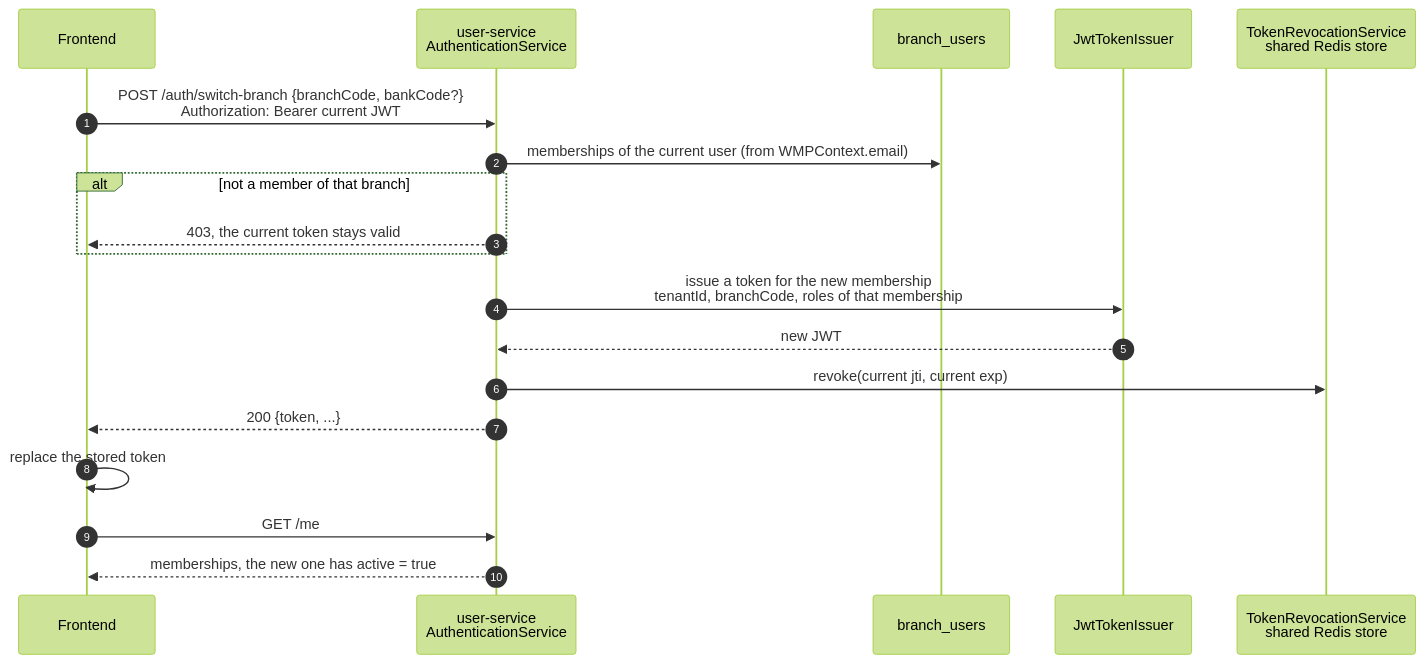
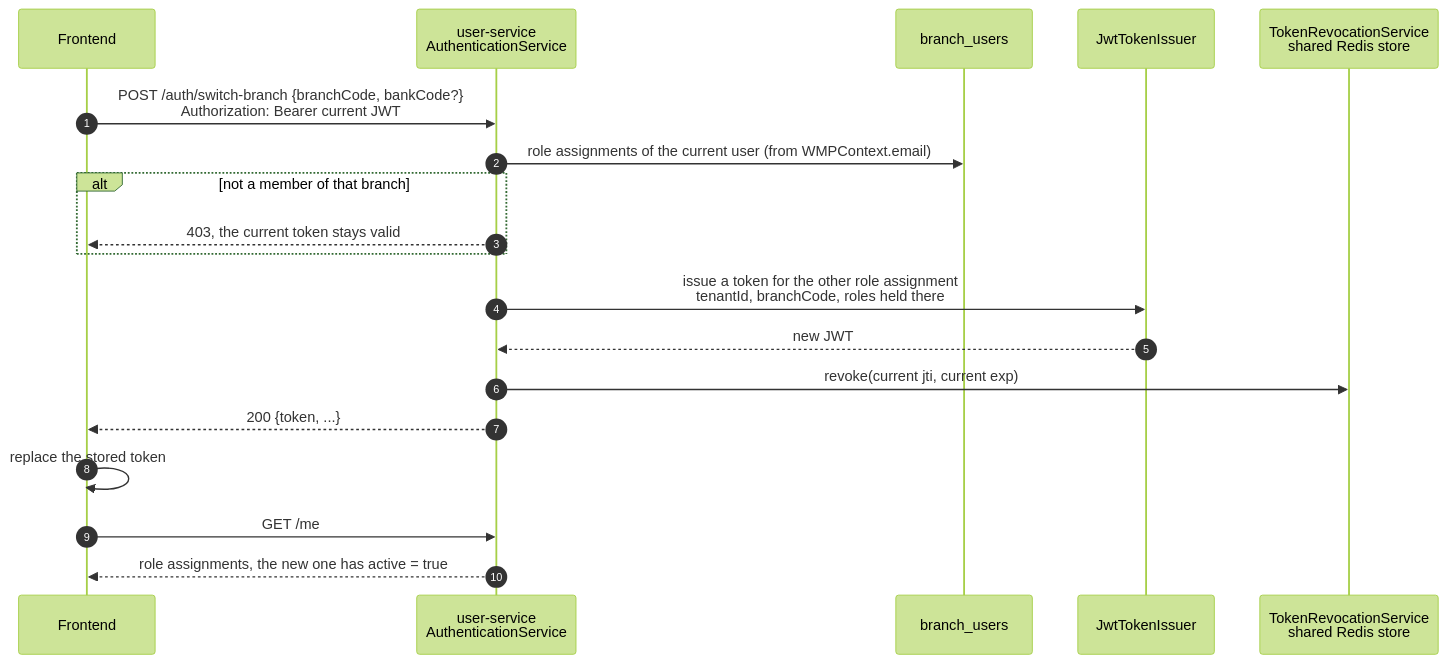
One commit to RaffSStein/Wealth-Management-Platform-BE changed the fourth of 7 diagrams in docs/domain/process/security/jwt-authentication.md. Above: the diagram before and after it, drawn with Mermaid (forest theme). The commit also changed other lines of this file and 5 other files, not shown here.

````diff
--- a/docs/domain/process/security/jwt-authentication.md
+++ b/docs/domain/process/security/jwt-authentication.md
@@ -183,22 +185,22 @@
 ```mermaid
 sequenceDiagram
     autonumber
     participant FE as Frontend
     participant AS as user-service<br/>AuthenticationService
     participant DB as branch_users
     participant JI as JwtTokenIssuer
     participant RV as TokenRevocationService<br/>shared Redis store
 
     FE->>AS: POST /auth/switch-branch {branchCode, bankCode?}<br/>Authorization: Bearer current JWT
-    AS->>DB: memberships of the current user (from WMPContext.email)
+    AS->>DB: role assignments of the current user (from WMPContext.email)
     alt not a member of that branch
         AS-->>FE: 403, the current token stays valid
     end
-    AS->>JI: issue a token for the new membership<br/>tenantId, branchCode, roles of that membership
+    AS->>JI: issue a token for the other role assignment<br/>tenantId, branchCode, roles held there
     JI-->>AS: new JWT
     AS->>RV: revoke(current jti, current exp)
     AS-->>FE: 200 {token, ...}
     FE->>FE: replace the stored token
     FE->>AS: GET /me
-    AS-->>FE: memberships, the new one has active = true
+    AS-->>FE: role assignments, the new one has active = true
 ```
````
